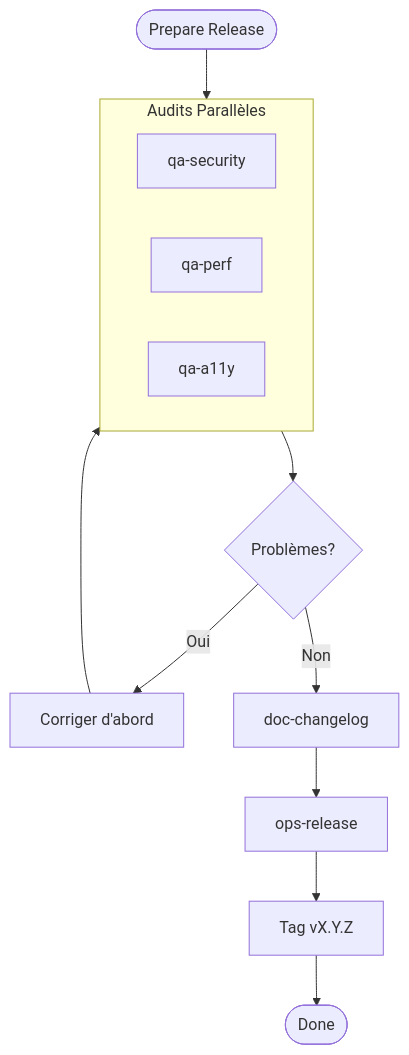
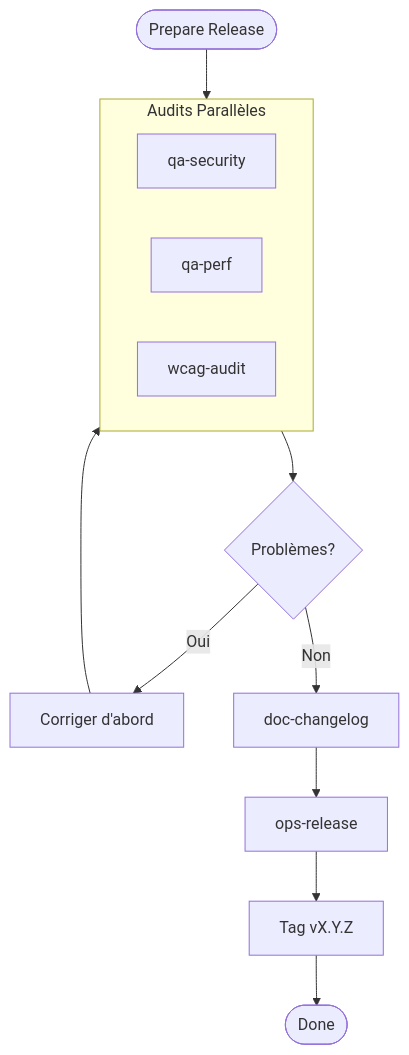
The fourth of 8 diagrams in docs/WORKFLOWS.md (christopherlouet/claude-base), drawn with Mermaid before and after one commit. The commit also changed other lines of this file and 51 other files, not shown here.

First line of the commit message:
refactor(a11y): rename qa-a11y to wcag-audit across the entire codebase

````diff
--- a/docs/WORKFLOWS.md
+++ b/docs/WORKFLOWS.md
@@ -235,18 +235,18 @@
 ```mermaid
 flowchart TD
     START([Prepare Release]) --> AUDITS
 
     subgraph AUDITS[Audits Parallèles]
         SEC[qa-security]
         PERF[qa-perf]
-        A11Y[qa-a11y]
+        A11Y[wcag-audit]
     end
 
     AUDITS --> ISSUES{Problèmes?}
     ISSUES -->|Oui| FIX[Corriger d'abord]
     FIX --> AUDITS
     ISSUES -->|Non| CHANGELOG[doc-changelog]
     CHANGELOG --> RELEASE[ops-release]
     RELEASE --> TAG[Tag vX.Y.Z]
     TAG --> DONE([Done])
 ```
````
